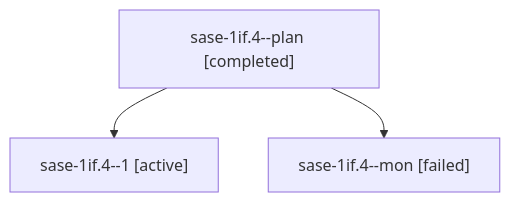
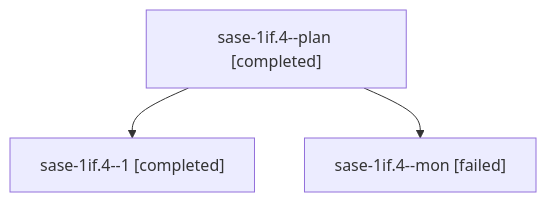
The diagram in sessions/bbugyi200.apollo.sase-1if.4.md (sase-org/sase--agents), drawn with Mermaid before and after one commit. The commit also changed other lines of this file and 19 other files, not shown here.

````diff
--- a/sessions/bbugyi200.apollo.sase-1if.4.md
+++ b/sessions/bbugyi200.apollo.sase-1if.4.md
@@ -9,8 +9,8 @@
 ```mermaid
 flowchart TD
   n0["sase-1if.4--plan [completed]"]
-  n1["sase-1if.4--1 [active]"]
+  n1["sase-1if.4--1 [completed]"]
   n0 --> n1
   n2["sase-1if.4--mon [failed]"]
   n0 --> n2
 ```
````
